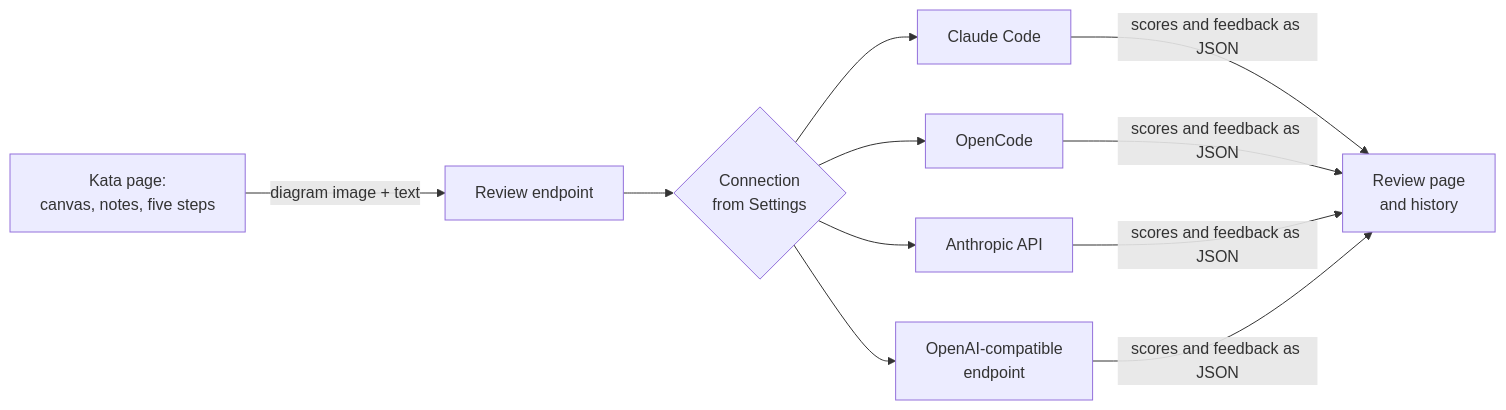
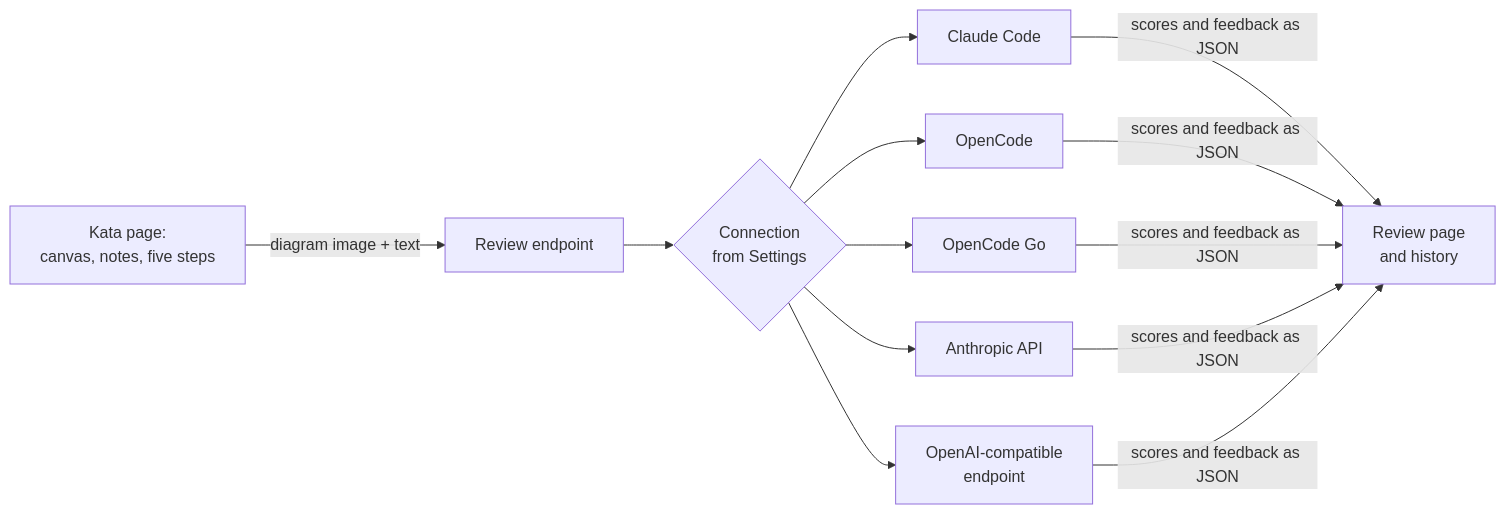
Before and after one commit to aesbetancourt/archsim: the diagram in README.md, drawn with Mermaid. The commit also changed other lines of this file and 164 other files, not shown here.

````diff
--- a/README.md
+++ b/README.md
@@ -93,10 +94,11 @@
 ```mermaid
 flowchart LR
   A[Kata page:<br/>canvas, notes, five steps] -->|diagram image + text| B[Review endpoint]
   B --> C{Connection<br/>from Settings}
   C --> D[Claude Code]
   C --> E[OpenCode]
+  C --> I[OpenCode Go]
   C --> F[Anthropic API]
   C --> G[OpenAI-compatible<br/>endpoint]
-  D & E & F & G -->|scores and feedback as JSON| H[Review page<br/>and history]
+  D & E & I & F & G -->|scores and feedback as JSON| H[Review page<br/>and history]
 ```
````
